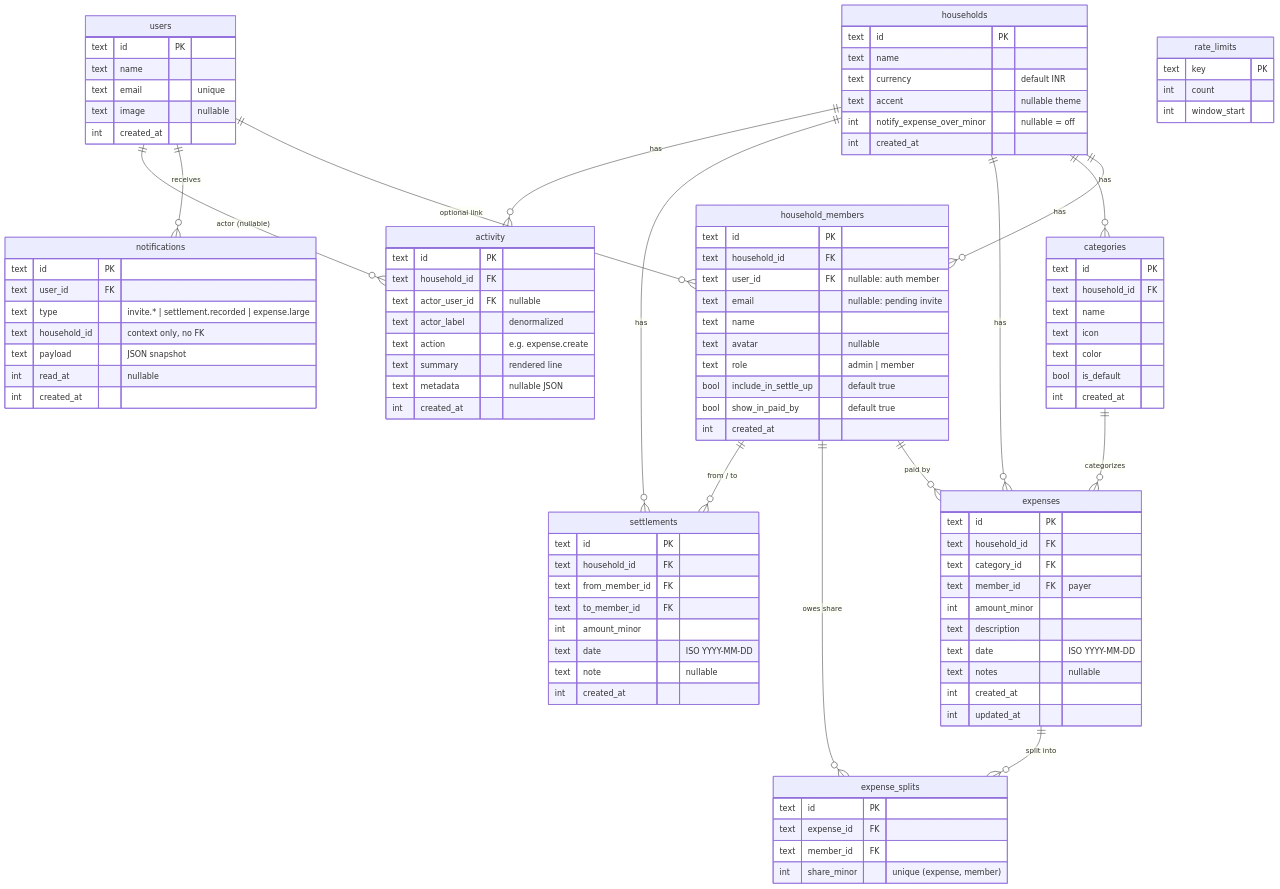
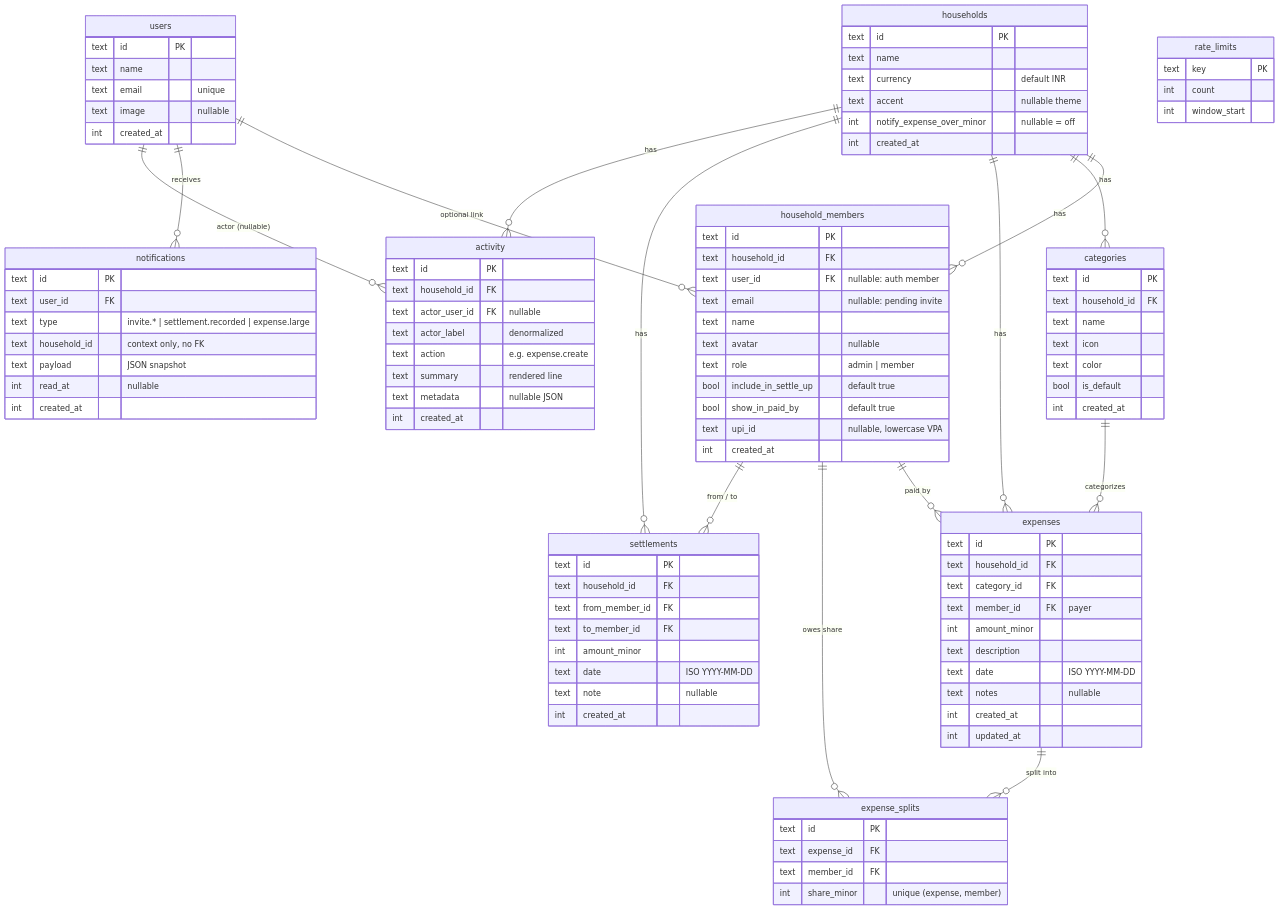
One commit to mangatinanda/outlay changed the second of 4 diagrams in README.md. Above: the diagram before and after it, drawn with Mermaid. The commit also changed other lines of this file and 40 other files, not shown here.

```diff
--- a/README.md
+++ b/README.md
@@ -175,6 +176,7 @@
         text role "admin | member"
         bool include_in_settle_up "default true"
         bool show_in_paid_by "default true"
+        text upi_id "nullable, lowercase VPA"
         int  created_at
     }
     categories {
```
